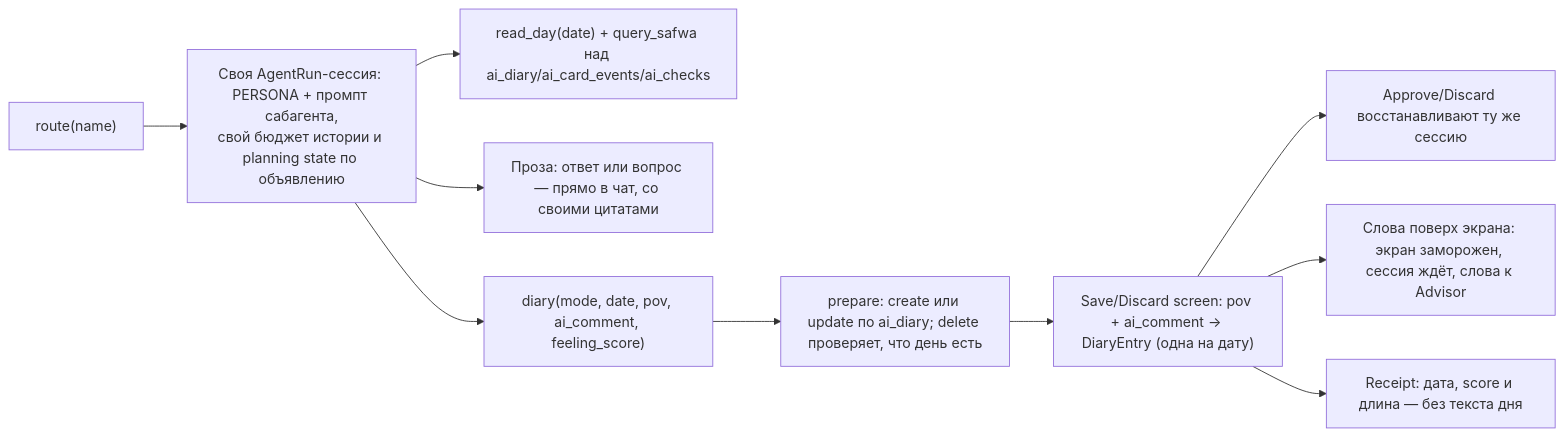
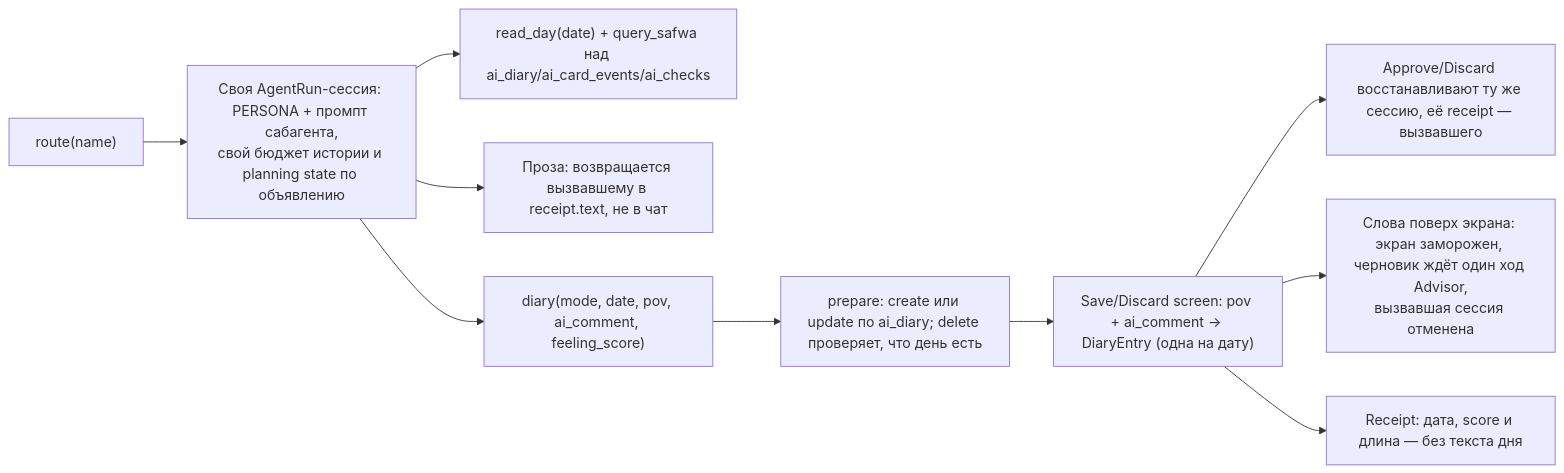
Before and after one commit to myvaheed/tg-ai-safwa: the sixth of 13 diagrams in docs/STRUCTURE_GRAPH.md, drawn with Mermaid. The commit also changed 16 other files, not shown here.

````diff
--- a/docs/STRUCTURE_GRAPH.md
+++ b/docs/STRUCTURE_GRAPH.md
@@ -198,13 +198,13 @@
 ```mermaid
 flowchart LR
     ROUTE["route(name)"] --> SESSION["Своя AgentRun-сессия: PERSONA + промпт сабагента,<br/>свой бюджет истории и planning state по объявлению"]
     SESSION --> READ["read_day(date) + query_safwa над ai_diary/ai_card_events/ai_checks"]
-    SESSION --> PROSE["Проза: ответ или вопрос — прямо в чат, со своими цитатами"]
+    SESSION --> PROSE["Проза: возвращается вызвавшему в receipt.text, не в чат"]
     SESSION --> WRITE["diary(mode, date, pov, ai_comment, feeling_score)"]
     WRITE --> PREPARE["prepare: create или update по ai_diary; delete проверяет, что день есть"]
     PREPARE --> SCREEN["Save/Discard screen: pov + ai_comment → DiaryEntry (одна на дату)"]
-    SCREEN --> RESUME["Approve/Discard восстанавливают ту же сессию"]
-    SCREEN --> INTERRUPT["Слова поверх экрана: экран заморожен, сессия ждёт, слова к Advisor"]
+    SCREEN --> RESUME["Approve/Discard восстанавливают ту же сессию, её receipt — вызвавшего"]
+    SCREEN --> INTERRUPT["Слова поверх экрана: экран заморожен, черновик ждёт один ход Advisor,<br/>вызвавшая сессия отменена"]
     RECEIPT["Receipt: дата, score и длина — без текста дня"]
     SCREEN --> RECEIPT
 ```
````
